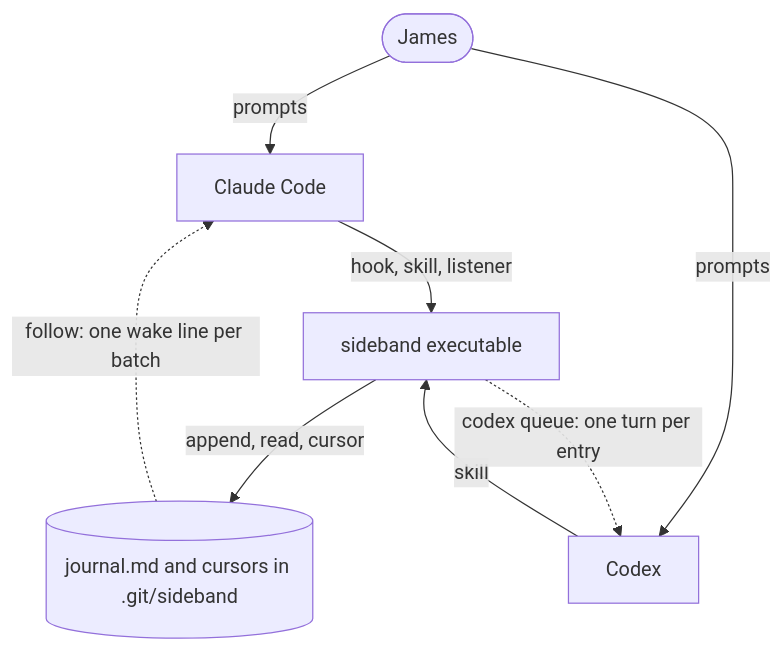
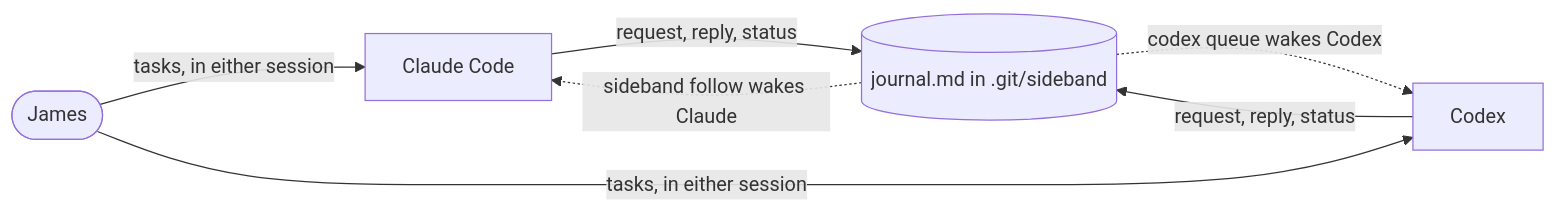
The first of 3 diagrams in README.md (moltenbits/sideband), drawn with Mermaid before and after one commit. The commit also changed other lines of this file, not shown here.

Commit message:
Center the README on Claude and Codex sharing a task

````diff
--- a/README.md
+++ b/README.md
@@ -33,16 +38,14 @@
 ```mermaid
-flowchart TB
+flowchart LR
+    Claude["Claude Code"]
+    Journal[("journal.md in .git/sideband")]
+    Codex["Codex"]
     James(["James"])
-    Claude["Claude Code"]
-    Codex["Codex"]
-    Bin["sideband executable"]
-    Journal[("journal.md and cursors in .git/sideband")]
 
-    James -- prompts --> Claude
-    James -- prompts --> Codex
-    Claude -- "hook, skill, listener" --> Bin
-    Codex -- skill --> Bin
-    Bin -- "append, read, cursor" --> Journal
-    Journal -. "follow: one wake line per batch" .-> Claude
-    Bin -. "codex queue: one turn per entry" .-> Codex
+    Claude -- "request, reply, status" --> Journal
+    Codex -- "request, reply, status" --> Journal
+    Journal -. "sideband follow wakes Claude" .-> Claude
+    Journal -. "codex queue wakes Codex" .-> Codex
+    James -- "tasks, in either session" --> Claude
+    James -- "tasks, in either session" --> Codex
 ```
````
